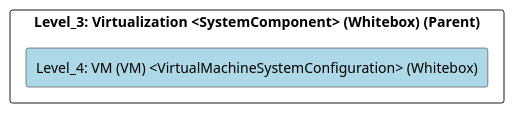
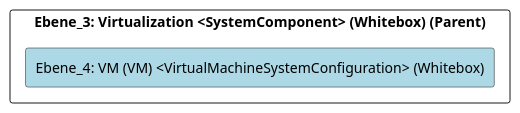
The diagram in src/cleon.architecturemethods.arc42.sample/doc/cleon_architecturemethods_arc42_sample_system/adoc/de/05_bausteinsicht/ikt/infrastruture/virtualization/vm/ebene_4_vm.adoc (marcozwyssig/cleon), drawn with PlantUML before and after one commit. The commit also changed other lines of this file and 214 other files, not shown here.

```diff
--- a/src/cleon.architecturemethods.arc42.sample/doc/cleon_architecturemethods_arc42_sample_system/adoc/de/05_bausteinsicht/ikt/infrastruture/virtualization/vm/ebene_4_vm.adoc
+++ b/src/cleon.architecturemethods.arc42.sample/doc/cleon_architecturemethods_arc42_sample_system/adoc/de/05_bausteinsicht/ikt/infrastruture/virtualization/vm/ebene_4_vm.adoc
@@ -20,24 +20,24 @@
-[plantuml, Level_4: VM (VM) <VirtualMachineSystemConfiguration> (Whitebox)BlockOverview, format="svg"]
+[plantuml, Ebene_4: VM (VM) <VirtualMachineSystemConfiguration> (Whitebox)BlockOverview, format="svg"]
 ----
-@startuml Level_4: VM (VM) <VirtualMachineSystemConfiguration> (Whitebox)BuildingBlockOverview
+@startuml Ebene_4: VM (VM) <VirtualMachineSystemConfiguration> (Whitebox)BuildingBlockOverview
 
 skinparam ranksep 10
 skinparam componentStyle rectangle
 skinparam shadowing false
 skinparam arrowColor lightblue
 skinparam arrowThickness 1.2
 skinparam rectangle {
   BackgroundColor White
   BorderColor #333
   RoundCorner 10
 }
 top to bottom direction
 
-component "Level_3: Virtualization <SystemComponent> (Whitebox) (Parent)" {
-    component "Level_4: VM (VM) <VirtualMachineSystemConfiguration> (Whitebox)" #lightblue {
+component "Ebene_3: Virtualization <SystemComponent> (Whitebox) (Parent)" {
+    component "Ebene_4: VM (VM) <VirtualMachineSystemConfiguration> (Whitebox)" #lightblue {
     }
 
 }
 
 @enduml
 ----
```
